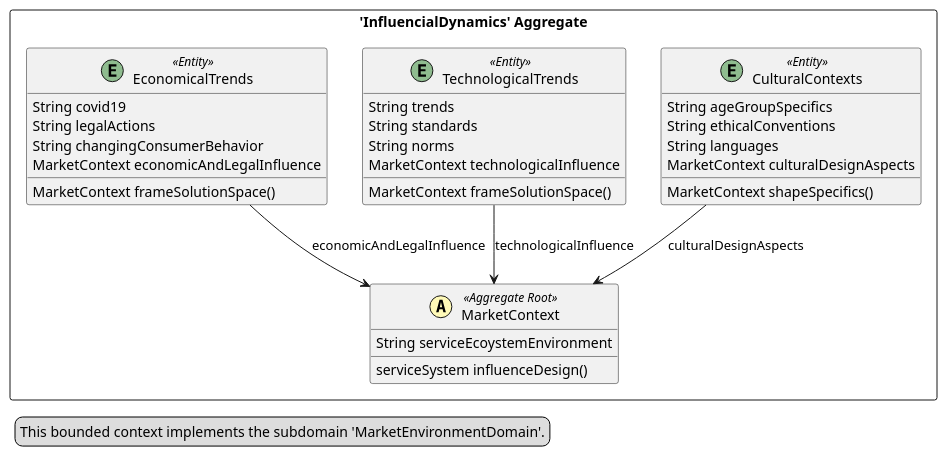
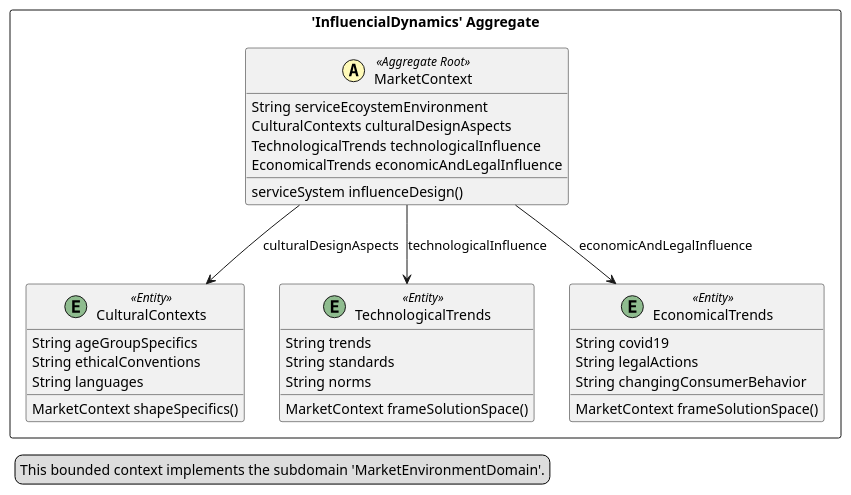
Before and after one commit to NormanBaechtold/ServiceSystem: the diagram in src-gen/serviceSystem_BC_MarketEnvironment.puml, drawn with PlantUML. The commit also changed 57 other files, not shown here.

```diff
--- a/src-gen/serviceSystem_BC_MarketEnvironment.puml
+++ b/src-gen/serviceSystem_BC_MarketEnvironment.puml
@@ -1,40 +1,40 @@
 @startuml
 
 skinparam componentStyle uml2
 
 package "'InfluencialDynamics' Aggregate" <<Rectangle>> {
 	class MarketContext <<(A,#fffab8) Aggregate Root>> {
 		String serviceEcoystemEnvironment
+		CulturalContexts culturalDesignAspects
+		TechnologicalTrends technologicalInfluence
+		EconomicalTrends economicAndLegalInfluence
 		serviceSystem influenceDesign()
 	}
 	class CulturalContexts <<(E,DarkSeaGreen) Entity>> {
 		String ageGroupSpecifics
 		String ethicalConventions
 		String languages
-		MarketContext culturalDesignAspects
 		MarketContext shapeSpecifics()
 	}
 	class TechnologicalTrends <<(E,DarkSeaGreen) Entity>> {
 		String trends
 		String standards
 		String norms
-		MarketContext technologicalInfluence
 		MarketContext frameSolutionSpace()
 	}
 	class EconomicalTrends <<(E,DarkSeaGreen) Entity>> {
 		String covid19
 		String legalActions
 		String changingConsumerBehavior
-		MarketContext economicAndLegalInfluence
 		MarketContext frameSolutionSpace()
 	}
 }
-CulturalContexts --> MarketContext : culturalDesignAspects
-TechnologicalTrends --> MarketContext : technologicalInfluence
-EconomicalTrends --> MarketContext : economicAndLegalInfluence
+MarketContext --> CulturalContexts : culturalDesignAspects
+MarketContext --> TechnologicalTrends : technologicalInfluence
+MarketContext --> EconomicalTrends : economicAndLegalInfluence
 legend left
   This bounded context implements the subdomain 'MarketEnvironmentDomain'.
 end legend
 
 
 @enduml
```
